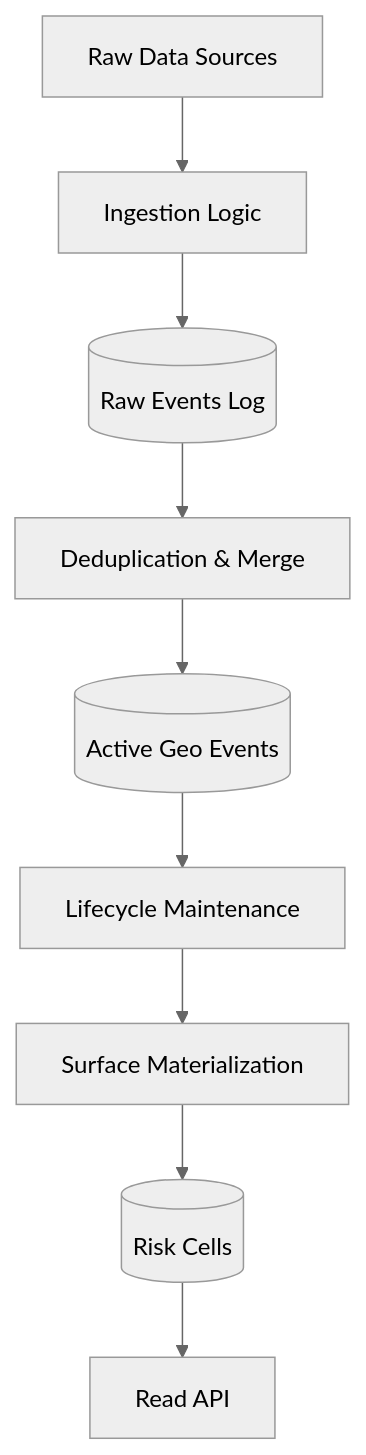
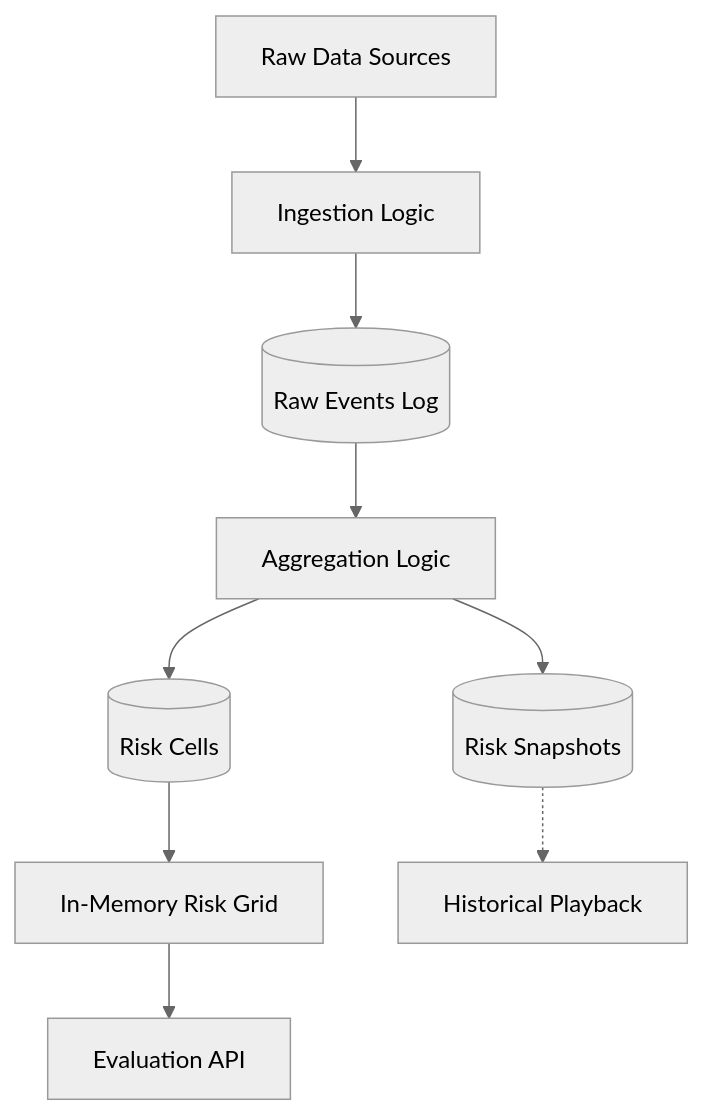
Before and after one commit to fallofpheonix/UDIE: the diagram in docs/ARCHITECTURE.md, drawn with Mermaid (neutral theme). The commit also changed other lines of this file and 138 other files, not shown here.

````diff
--- a/docs/ARCHITECTURE.md
+++ b/docs/ARCHITECTURE.md
@@ -6,11 +6,11 @@
 ```mermaid
 graph TD
     A[Raw Data Sources] --> B[Ingestion Logic]
     B --> C[(Raw Events Log)]
-    C --> D[Deduplication & Merge]
-    D --> E[(Active Geo Events)]
-    E --> F[Lifecycle Maintenance]
-    F --> G[Surface Materialization]
-    G --> H[(Risk Cells)]
-    H --> I[Read API]
+    C --> D[Aggregation Logic]
+    D --> E[(Risk Cells)]
+    E --> F[In-Memory Risk Grid]
+    F --> G[Evaluation API]
+    D --> H[(Risk Snapshots)]
+    H -.-> I[Historical Playback]
 ```
````
